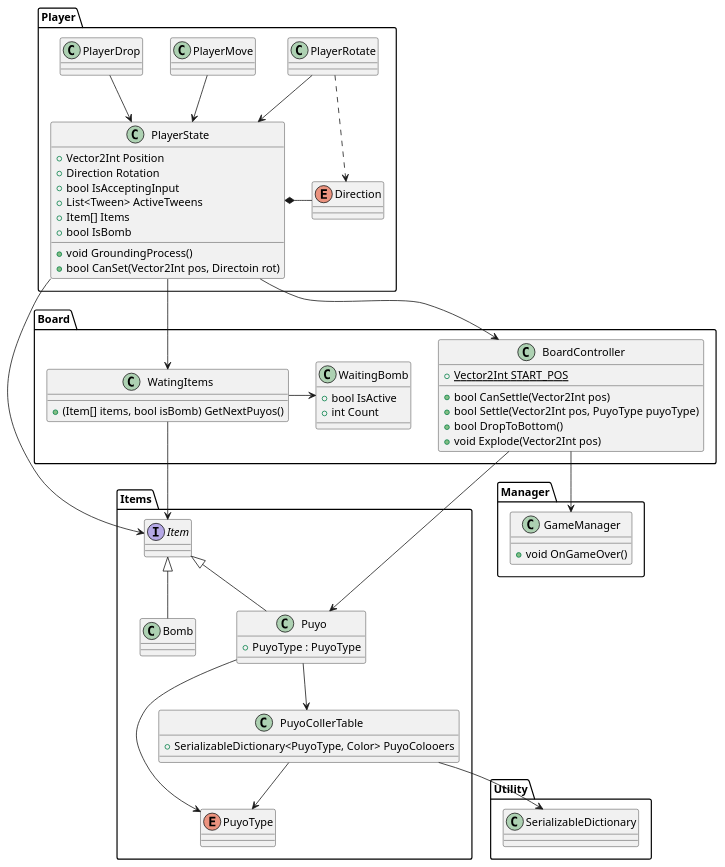
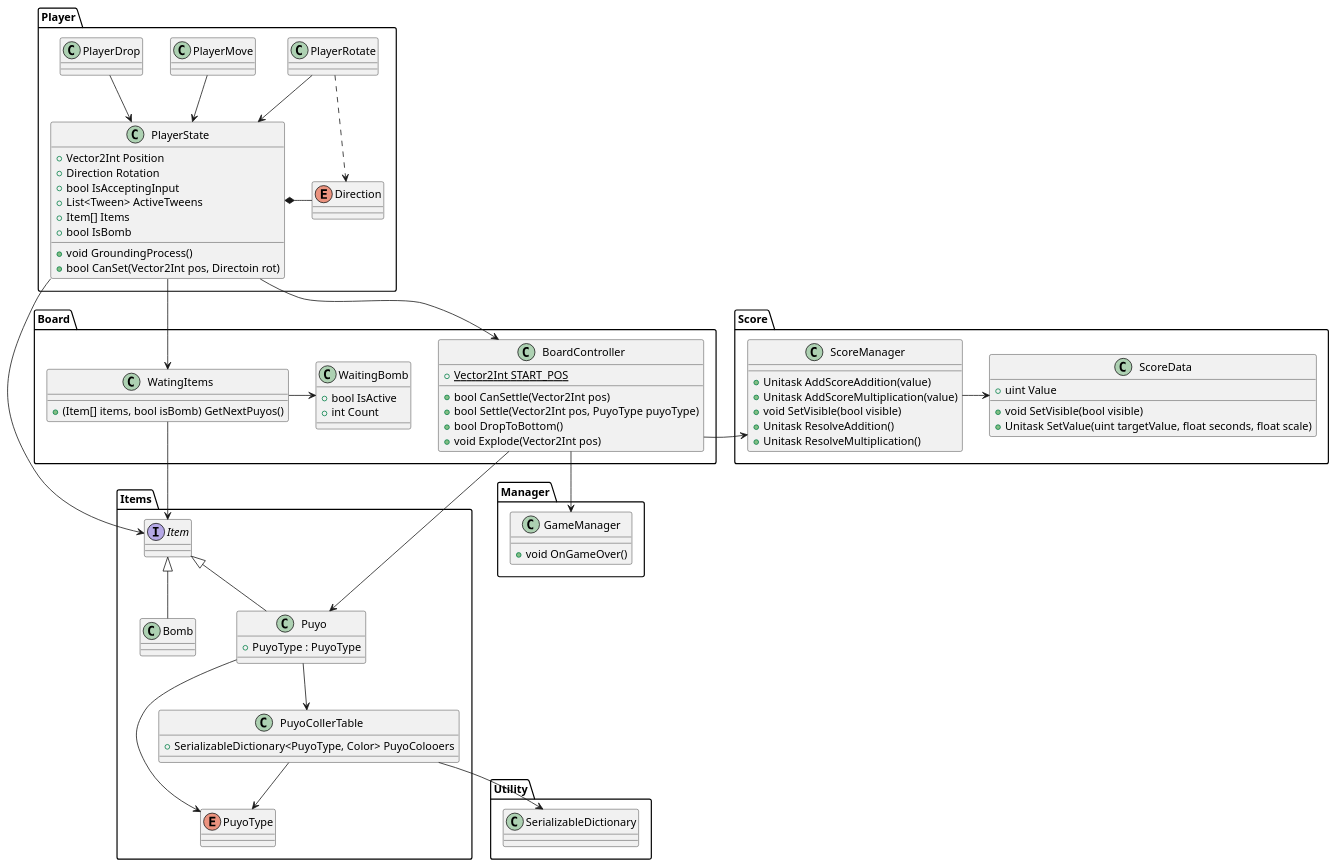
Before and after one commit to snnn30/UniteBlocks: the diagram in puyopuyo.pu, drawn with PlantUML. The commit also changed 12 other files, not shown here.

```diff
--- a/puyopuyo.pu
+++ b/puyopuyo.pu
@@ -1,89 +1,106 @@
 @startuml hoge
 
 namespace Player{
     class PlayerRotate
     class PlayerMove
     class PlayerDrop
     class PlayerState{
         +Vector2Int Position
         +Direction Rotation    
         +bool IsAcceptingInput
         +List<Tween> ActiveTweens
         +Item[] Items
         +bool IsBomb
         +void GroundingProcess()
         +bool CanSet(Vector2Int pos, Directoin rot)
     }
     enum Direction
 
     PlayerDrop --> PlayerState
     PlayerRotate --> PlayerState
     PlayerMove --> PlayerState
     PlayerRotate ..> Direction
     PlayerState *- Direction
 }
 
 namespace Items{
     interface Item
     class Bomb
     class Puyo{
         +PuyoType : PuyoType
     }
     class PuyoCollerTable{
         +SerializableDictionary<PuyoType, Color> PuyoColooers
     }
     enum PuyoType
 
     Item <|-- Puyo
     Item <|-- Bomb
     Puyo --> PuyoCollerTable
     Puyo --> PuyoType
     PuyoCollerTable --> PuyoType
 }
 
 namespace Utility{
     class SerializableDictionary
 }
 
 namespace Manager{
     class GameManager{
         +void OnGameOver()
     }
 }
 
 
 namespace Board{
     class WaitingBomb{
         +bool IsActive
         +int Count
     }
 
     class WatingItems{
         +(Item[] items, bool isBomb) GetNextPuyos()
     }
 
     class BoardController{
         {static} +Vector2Int START_POS
         +bool CanSettle(Vector2Int pos) 
         +bool Settle(Vector2Int pos, PuyoType puyoType)
         +bool DropToBottom()
         +void Explode(Vector2Int pos)
     }
 
     WaitingBomb <- WatingItems 
 }
 
+namespace Score{
+    class ScoreData{
+        +uint Value
+        +void SetVisible(bool visible)
+        +Unitask SetValue(uint targetValue, float seconds, float scale)
+    }
+    class ScoreManager{
+        +Unitask AddScoreAddition(value)
+        +Unitask AddScoreMultiplication(value)
+        +void SetVisible(bool visible)
+        +Unitask ResolveAddition()
+        +Unitask ResolveMultiplication()
+    }
+
+    ScoreManager -> ScoreData
+}
+
 
 
 PuyoCollerTable --> SerializableDictionary
 
 PlayerState --> Item
 PlayerState --> BoardController
 PlayerState --> WatingItems
 
 WatingItems --> Item
 BoardController --> Puyo
 BoardController --> GameManager
-
+BoardController -> ScoreManager
 
 @enduml
```
